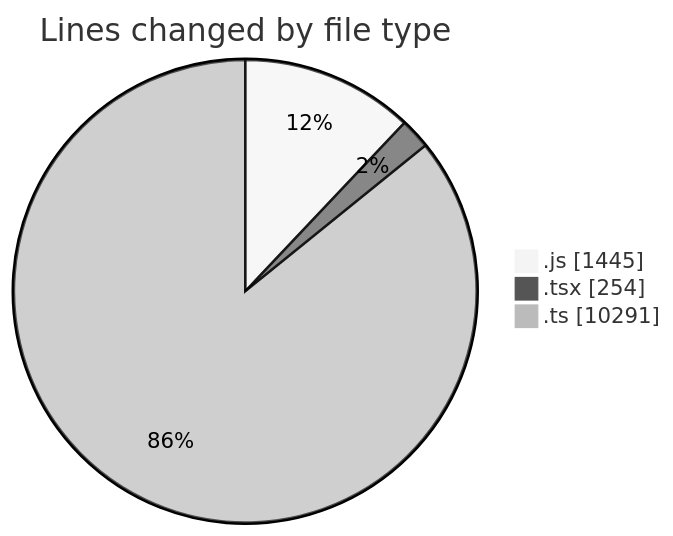
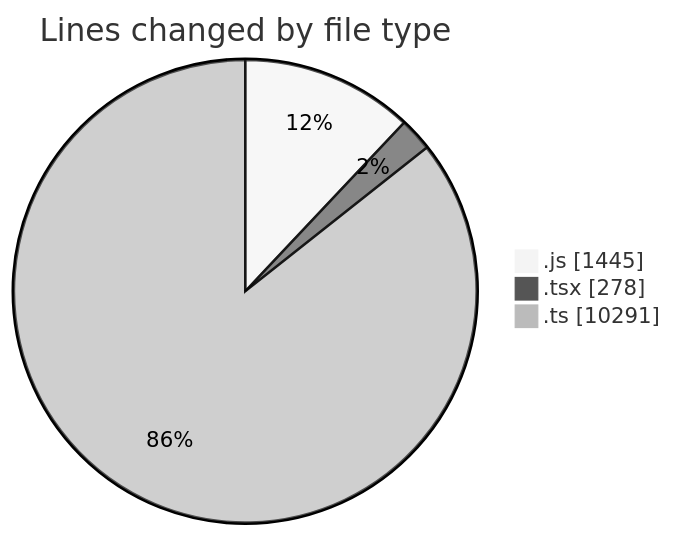
Before and after one commit to momahboobian/code-tracking: the first of 2 diagrams in 2025-03-13/cda/README.md, drawn with Mermaid (neutral theme). The commit also changed other lines of this file and 1 other file, not shown here.

````diff
--- a/2025-03-13/cda/README.md
+++ b/2025-03-13/cda/README.md
@@ -32,7 +32,7 @@
 ```mermaid
 pie showData
 title Lines changed by file type
 ".js" : 1445
-".tsx" : 254
+".tsx" : 278
 ".ts" : 10291
 ```
````
